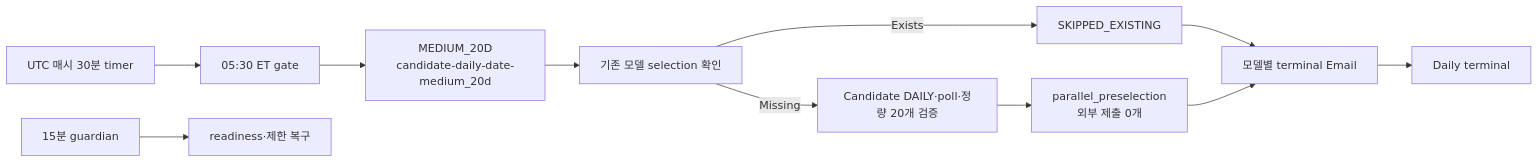
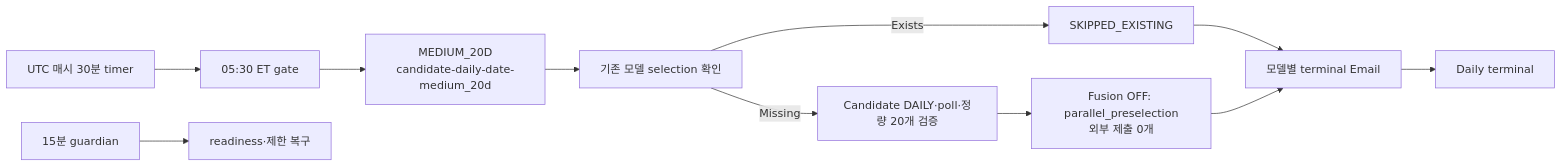
Before and after one commit to brjeong-private/sp500-candidate-engine: the third of 5 diagrams in .github/modernize/assessment/engines/facts/architecture-diagram.md, drawn with Mermaid. The commit also changed other lines of this file and 81 other files, not shown here.

````diff
--- a/.github/modernize/assessment/engines/facts/architecture-diagram.md
+++ b/.github/modernize/assessment/engines/facts/architecture-diagram.md
@@ -172,14 +224,14 @@
 ```mermaid
 flowchart LR
     Timer["UTC 매시 30분 timer"] --> Gate["05:30 ET gate"]
     Gate --> Medium["MEDIUM_20D<br/>candidate-daily-date-medium_20d"]
     Existing["기존 모델 selection 확인"]
     Medium --> Existing
     Existing -->|"Exists"| Skip["SKIPPED_EXISTING"]
     Existing -->|"Missing"| CandidateSubmit["Candidate DAILY·poll·정량 20개 검증"]
-    CandidateSubmit --> Stop["parallel_preselection<br/>외부 제출 0개"]
+    CandidateSubmit --> Stop["Fusion OFF: parallel_preselection<br/>외부 제출 0개"]
     Skip --> Email["모델별 terminal Email"]
     Stop --> Email
     Email --> DailyTerminal["Daily terminal"]
     Guardian["15분 guardian"] --> Ready["readiness·제한 복구"]
 ```
````
